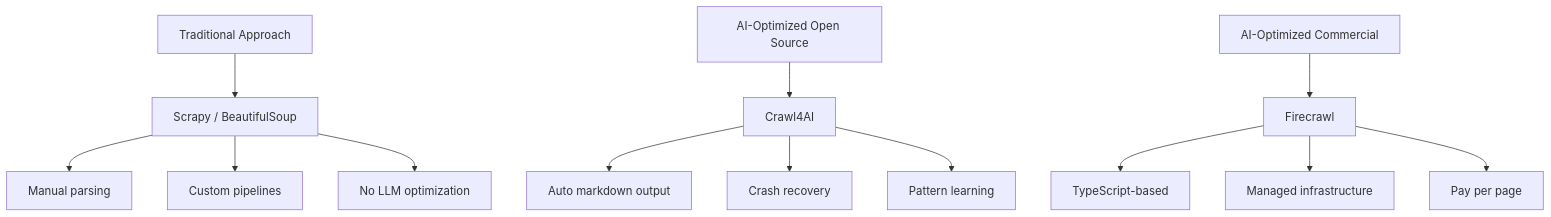
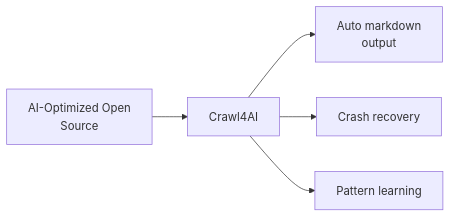
Before and after one commit to bytetunnels/bytetunnels.github.com: the fourth of 5 diagrams in _posts/2026-02-07-crawl4ai-v08-crash-recovery-prefetch-mode-and-whats-new.md, drawn with Mermaid. The commit also changed other lines of this file and 118 other files, not shown here.

Commit message:
feat: improve diagram styling and compact wide flowcharts

````diff
--- a/_posts/2026-02-07-crawl4ai-v08-crash-recovery-prefetch-mode-and-whats-new.md
+++ b/_posts/2026-02-07-crawl4ai-v08-crash-recovery-prefetch-mode-and-whats-new.md
@@ -312,17 +320,7 @@
 ```mermaid
-graph TD
-    A["Traditional Approach"] --> A1["Scrapy / BeautifulSoup"]
-    A1 --> A2["Manual parsing"]
-    A1 --> A3["Custom pipelines"]
-    A1 --> A4["No LLM optimization"]
-
-    B["AI-Optimized Open Source"] --> B1["Crawl4AI"]
-    B1 --> B2["Auto markdown output"]
+graph LR
+    B["AI-Optimized Open<br/>Source"] --> B1["Crawl4AI"]
+    B1 --> B2["Auto markdown<br/>output"]
     B1 --> B3["Crash recovery"]
     B1 --> B4["Pattern learning"]
-
-    C["AI-Optimized Commercial"] --> C1["Firecrawl"]
-    C1 --> C2["TypeScript-based"]
-    C1 --> C3["Managed infrastructure"]
-    C1 --> C4["Pay per page"]
 ```
````
